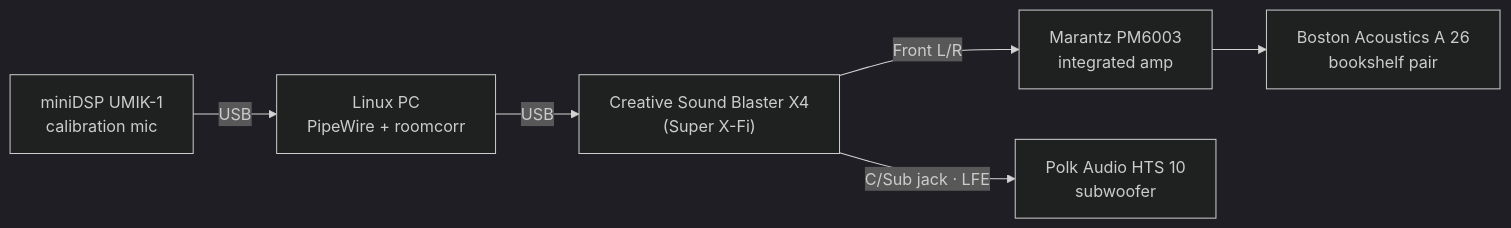
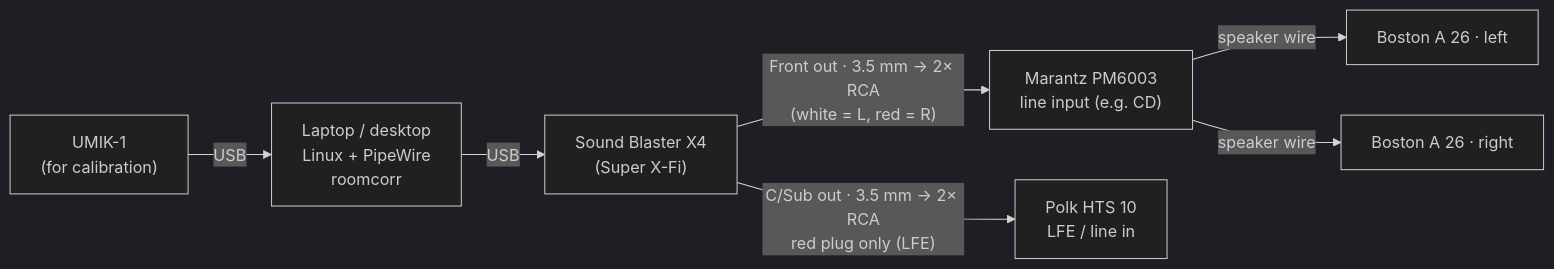
One commit to kunaldeo/roomcorr changed the diagram in README.md. Above: the diagram before and after it, drawn with Mermaid (dark theme). The commit also changed other lines of this file and 1 other file, not shown here.

First line of the commit message:
README: laptop/desktop framing, connection diagram, gain staging, generic hardware

````diff
--- a/README.md
+++ b/README.md
@@ -14,8 +29,9 @@
 ```mermaid
 flowchart LR
-    PC["Linux PC<br/>PipeWire + roomcorr"] -->|USB| X4["Creative Sound Blaster X4<br/>(Super X-Fi)"]
-    X4 -->|Front L/R| AMP["Marantz PM6003<br/>integrated amp"]
-    AMP --> SPK["Boston Acoustics A 26<br/>bookshelf pair"]
-    X4 -->|C/Sub jack · LFE| SUB["Polk Audio HTS 10<br/>subwoofer"]
-    MIC["miniDSP UMIK-1<br/>calibration mic"] -->|USB| PC
+    PC["Laptop / desktop<br/>Linux + PipeWire<br/>roomcorr"] -->|USB| X4["Sound Blaster X4<br/>(Super X-Fi)"]
+    X4 -->|"Front out · 3.5 mm → 2× RCA<br/>(white = L, red = R)"| AMP["Marantz PM6003<br/>line input (e.g. CD)"]
+    AMP -->|speaker wire| L["Boston A 26 · left"]
+    AMP -->|speaker wire| R["Boston A 26 · right"]
+    X4 -->|"C/Sub out · 3.5 mm → 2× RCA<br/>red plug only (LFE)"| SUB["Polk HTS 10<br/>LFE / line in"]
+    MIC["UMIK-1<br/>(for calibration)"] -->|USB| PC
 ```
````
